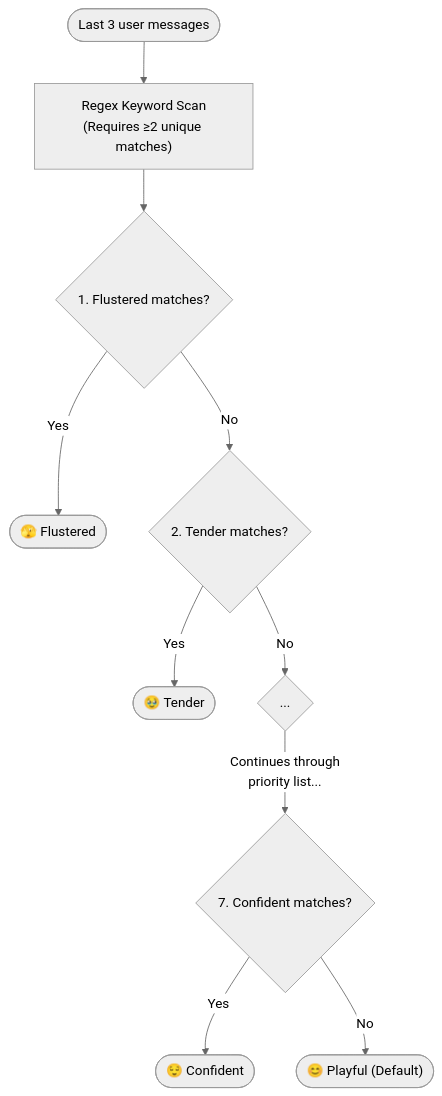
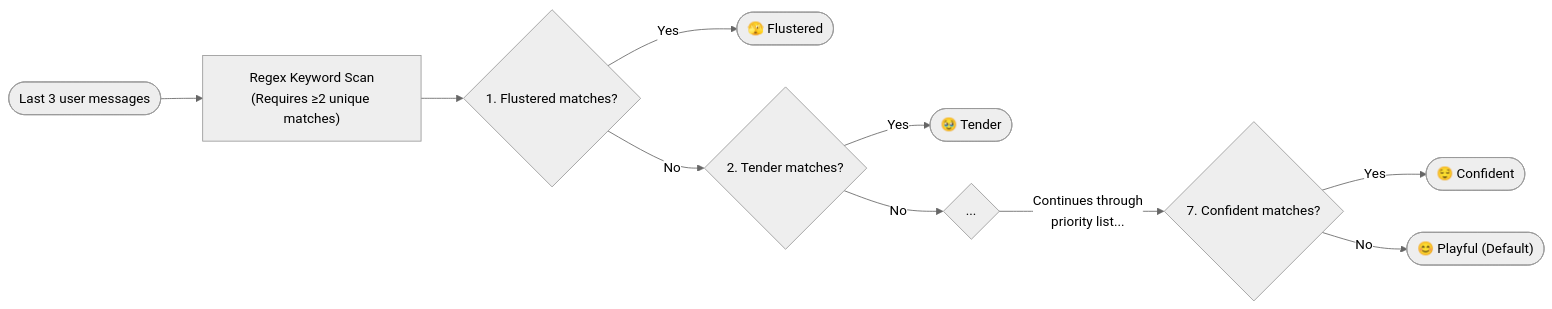
One commit to AlaskanTuna/rokabot changed the third of 4 diagrams in README.md. Above: the diagram before and after it, drawn with Mermaid (neutral theme).

````diff
--- a/README.md
+++ b/README.md
@@ -166,16 +166,16 @@
 ```mermaid
-flowchart TD
+flowchart LR
     Input(["Last 3 user messages"]) --> Scan["Regex Keyword Scan\n(Requires ≥2 unique matches)"]
 
     Scan --> CheckFlustered{1. Flustered matches?}
     CheckFlustered -->|Yes| RF([🫣 Flustered])
     CheckFlustered -->|No| CheckTender{2. Tender matches?}
 
     CheckTender -->|Yes| RT([🥹 Tender])
     CheckTender -->|No| CheckNext{"..."}
 
     CheckNext -->|Continues through\npriority list...| CheckConfident{7. Confident matches?}
 
     CheckConfident -->|Yes| RCO([😌 Confident])
     CheckConfident -->|No| Fallback(["😊 Playful (Default)"])
 ```
````
